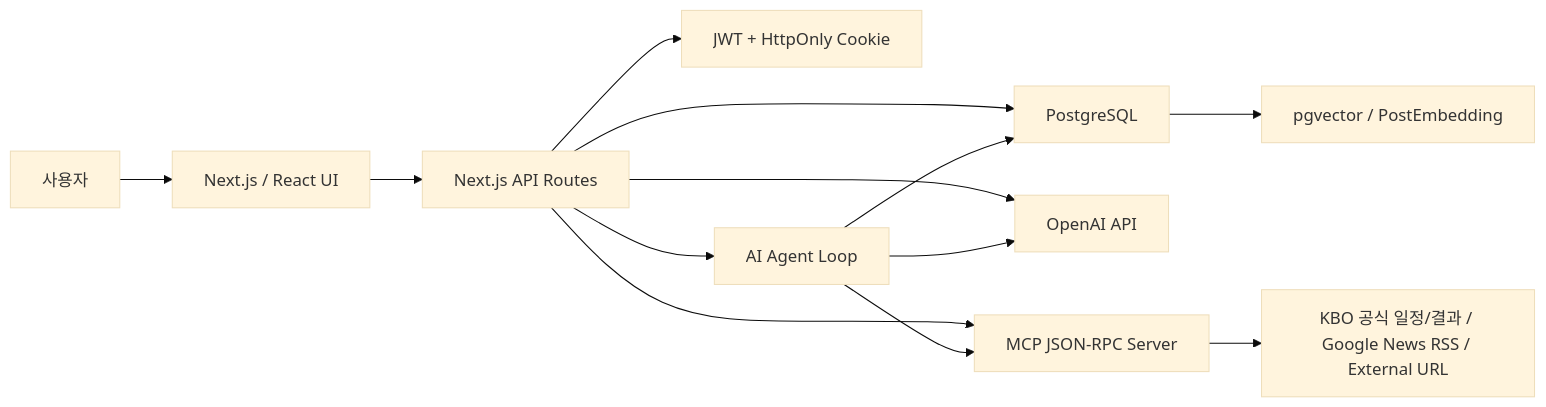
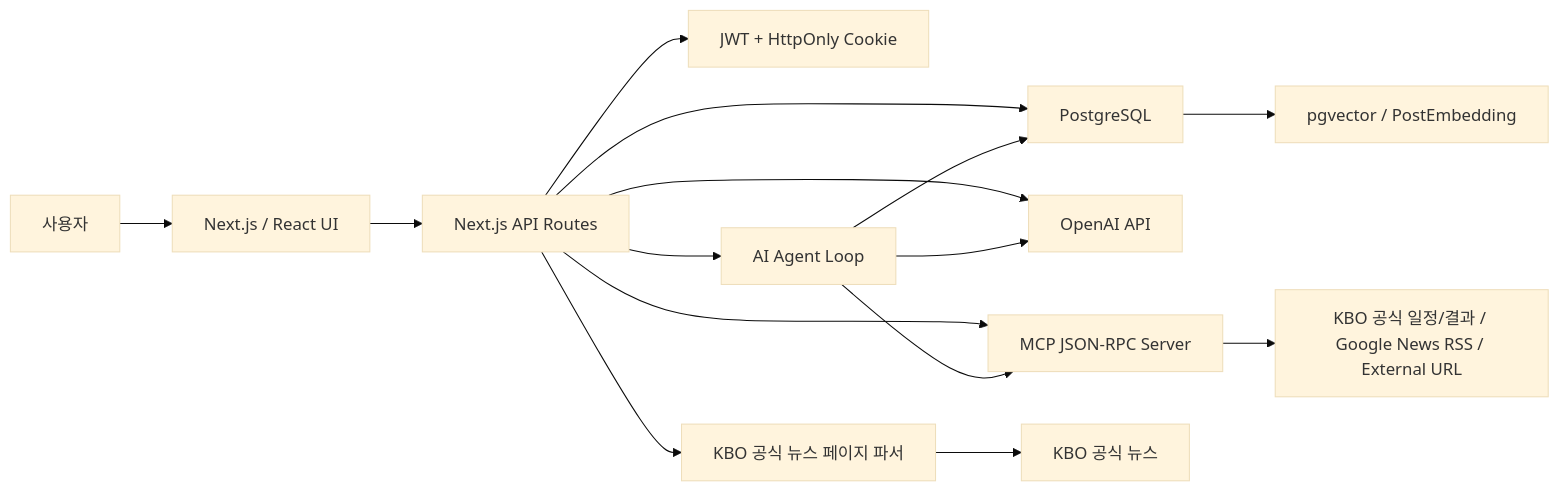
One commit to seok3m4/AI_w15-16 changed the diagram in README.md. Above: the diagram before and after it, drawn with Mermaid (base theme). The commit also changed other lines of this file and 2 other files, not shown here.

````diff
--- a/README.md
+++ b/README.md
@@ -104,15 +117,17 @@
 ```mermaid
 flowchart LR
     User["사용자"] --> Web["Next.js / React UI"]
     Web --> API["Next.js API Routes"]
     API --> Auth["JWT + HttpOnly Cookie"]
     API --> DB["PostgreSQL"]
     DB --> Vector["pgvector / PostEmbedding"]
     API --> OpenAI["OpenAI API"]
     API --> MCP["MCP JSON-RPC Server"]
+    API --> KboNews["KBO 공식 뉴스 페이지 파서"]
     MCP --> External["KBO 공식 일정/결과 / Google News RSS / External URL"]
+    KboNews --> KboOfficial["KBO 공식 뉴스"]
     API --> Agent["AI Agent Loop"]
     Agent --> OpenAI
     Agent --> DB
     Agent --> MCP
 ```
````
